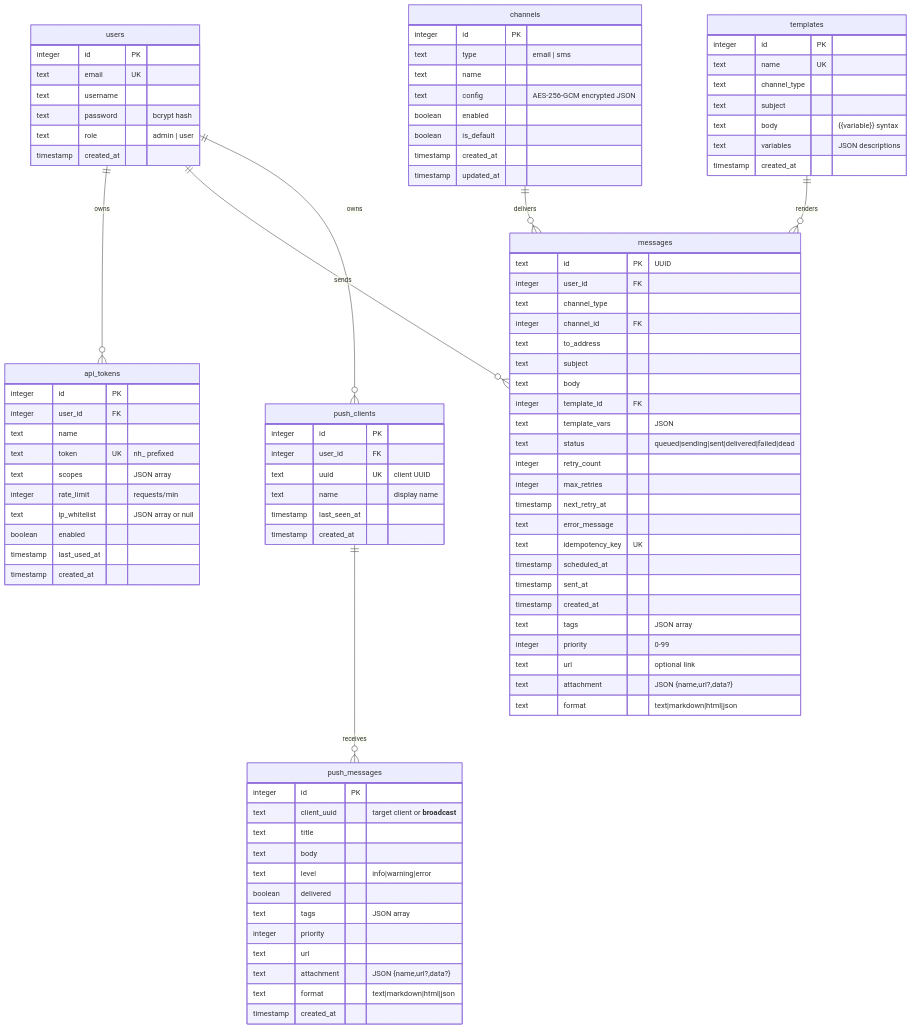
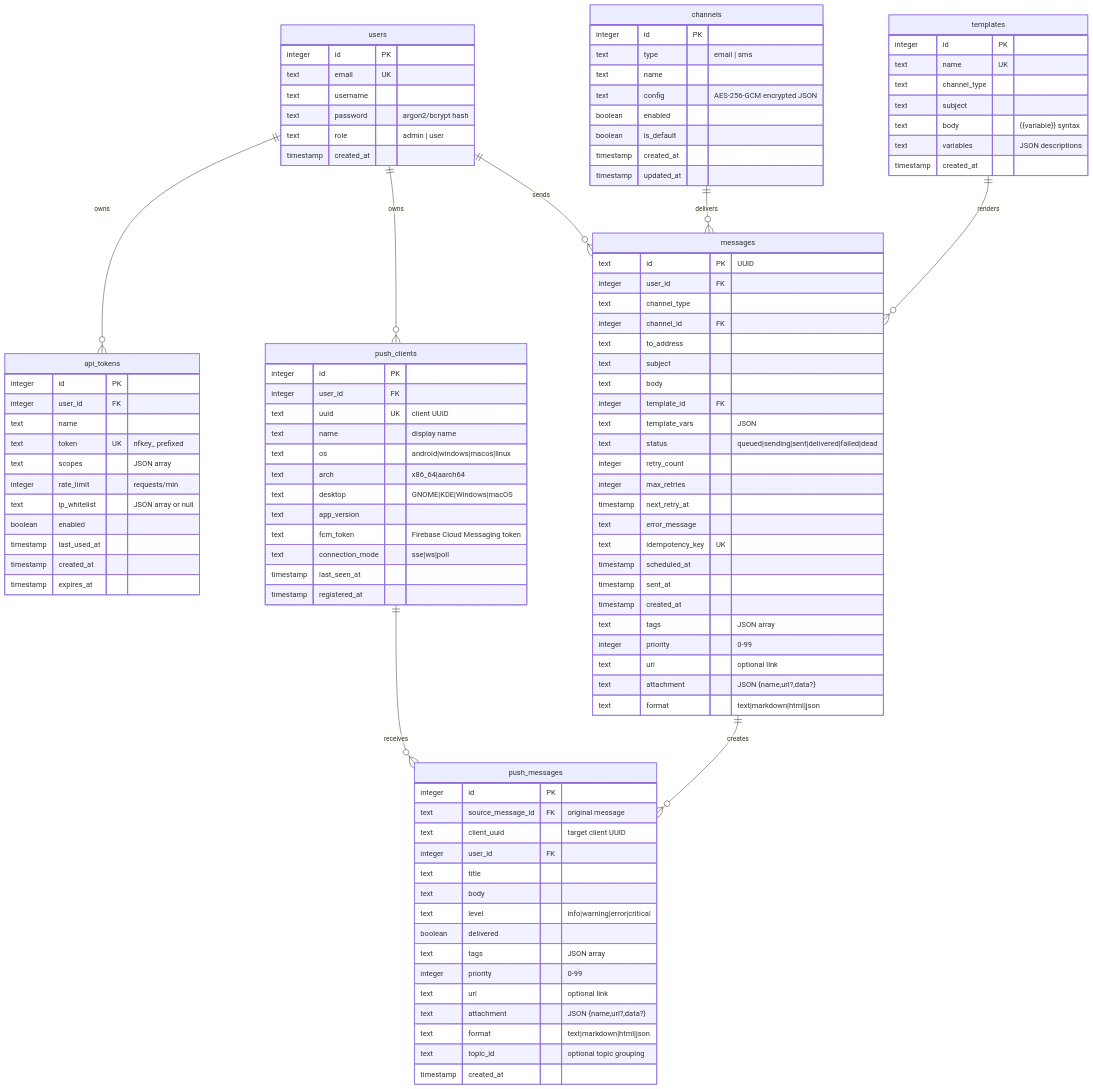
One commit to XUranus/notify-hub changed the fifth of 5 diagrams in docs/docs/architecture.md. Above: the diagram before and after it, drawn with Mermaid. The commit also changed other lines of this file and 6 other files, not shown here.

````diff
--- a/docs/docs/architecture.md
+++ b/docs/docs/architecture.md
@@ -153,7 +202,7 @@
         integer id PK
         text email UK
         text username
-        text password "bcrypt hash"
+        text password "argon2/bcrypt hash"
         text role "admin | user"
         timestamp created_at
     }
@@ -162,13 +211,14 @@
         integer id PK
         integer user_id FK
         text name
-        text token UK "nh_ prefixed"
+        text token UK "nfkey_ prefixed"
         text scopes "JSON array"
         integer rate_limit "requests/min"
         text ip_whitelist "JSON array or null"
         boolean enabled
         timestamp last_used_at
         timestamp created_at
+        timestamp expires_at
     }
 
     channels {
@@ -224,28 +274,38 @@
     templates ||--o{ messages : "renders"
     users ||--o{ push_clients : "owns"
     push_clients ||--o{ push_messages : "receives"
+    messages ||--o{ push_messages : "creates"
 
     push_clients {
         integer id PK
         integer user_id FK
         text uuid UK "client UUID"
         text name "display name"
+        text os "android|windows|macos|linux"
+        text arch "x86_64|aarch64"
+        text desktop "GNOME|KDE|Windows|macOS"
+        text app_version
+        text fcm_token "Firebase Cloud Messaging token"
+        text connection_mode "sse|ws|poll"
         timestamp last_seen_at
-        timestamp created_at
+        timestamp registered_at
     }
 
     push_messages {
         integer id PK
-        text client_uuid "target client or __broadcast__"
+        text source_message_id FK "original message"
+        text client_uuid "target client UUID"
+        integer user_id FK
         text title
         text body
-        text level "info|warning|error"
+        text level "info|warning|error|critical"
         boolean delivered
         text tags "JSON array"
-        integer priority
-        text url
+        integer priority "0-99"
+        text url "optional link"
         text attachment "JSON {name,url?,data?}"
         text format "text|markdown|html|json"
+        text topic_id "optional topic grouping"
         timestamp created_at
     }
 ```
````
